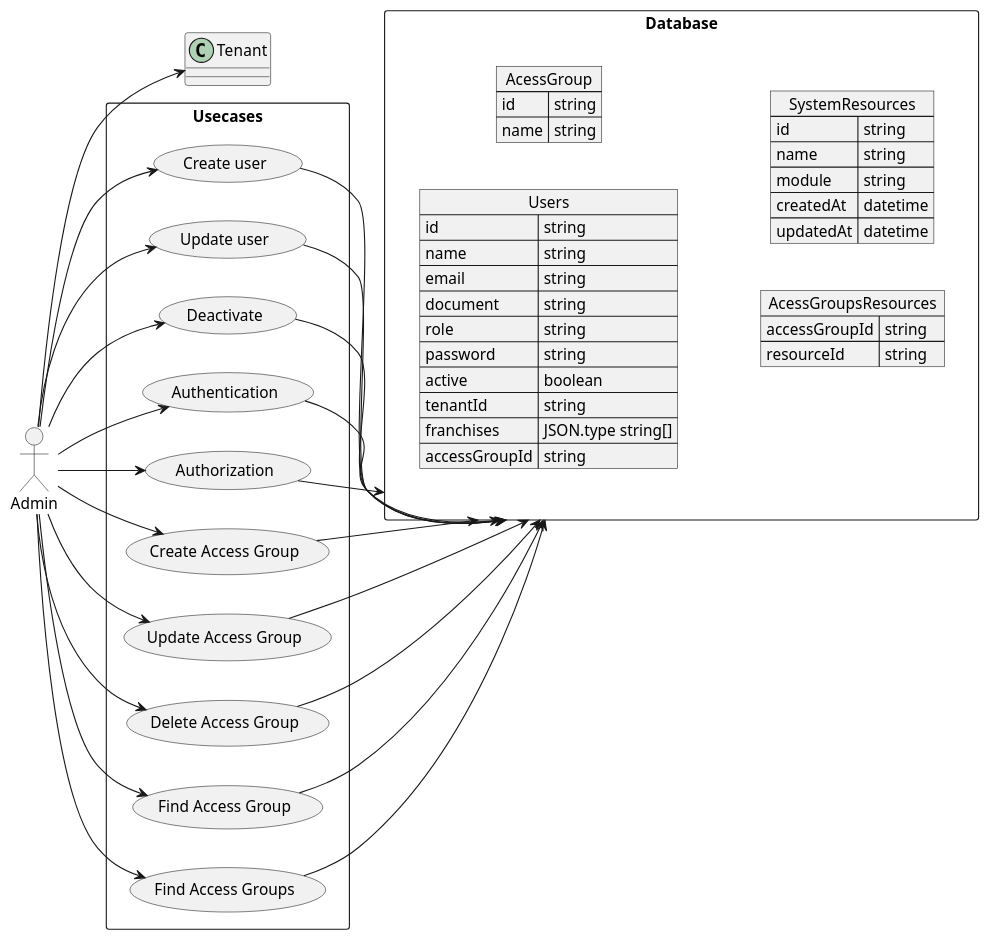
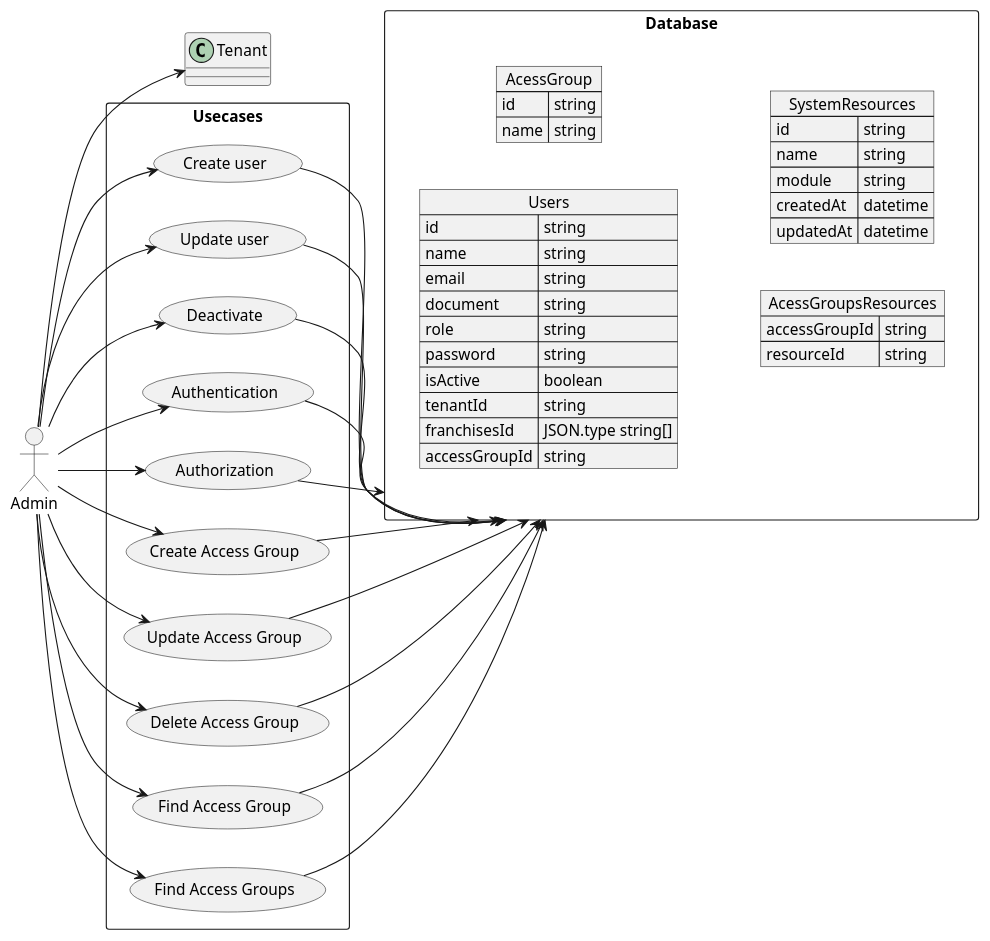
One commit to gustavorodrigues19/ddd-api changed the diagram in uml/authentication.usecase.wsd. Above: the diagram before and after it, drawn with PlantUML. The commit also changed 11 other files, not shown here.

Commit message:
uml changes, adding jest, creating and testing add user usecase

```diff
--- a/uml/authentication.usecase.wsd
+++ b/uml/authentication.usecase.wsd
@@ -1,81 +1,81 @@
 @startuml
 allowmixing
 
 left to right direction
 
 actor "Admin" as admin
 
 rectangle Usecases {
   usecase "Create user" as CU
   usecase "Update user" as UU
   usecase "Deactivate" as DU
   usecase "Authentication" as ATC
   usecase "Authorization" as ATR
 
   usecase "Create Access Group" as CAG
   usecase "Update Access Group" as UAG
   usecase "Delete Access Group" as DAG
   usecase "Find Access Group" as FAG
   usecase "Find Access Groups" as FAGS
 }
 
 rectangle Database {
   json Users {
    "id":"string",
    "name":"string",
    "email": "string",
    "document":"string",
    "role": "string",
    "password": "string",
-   "active": "boolean",
+   "isActive": "boolean",
    "tenantId": "string",
-   "franchises": "JSON.type string[]",
+   "franchisesId": "JSON.type string[]",
    "accessGroupId": "string"
   }
 
   json AcessGroup{
     "id": "string",
     "name": "string"
   }
 
   json AcessGroupsResources{
     "accessGroupId": "string",
     "resourceId": "string"
   }
 
   json SystemResources {
    "id": "string",
    "name": "string",
    "module": "string",
    "createdAt": "datetime",
    "updatedAt": "datetime"
   }
 }
 
 admin --> Tenant
 
 admin --> CU
 admin --> UU
 admin --> DU
 admin --> ATC
 admin --> ATR
 
 admin --> CAG
 admin --> UAG
 admin --> DAG
 admin --> FAG
 admin --> FAGS
 
 CU --> Database
 UU --> Database
 DU --> Database
 ATC --> Database
 ATR --> Database
 
 CAG --> Database
 UAG --> Database
 DAG --> Database
 FAG --> Database
 FAGS --> Database
 
 @enduml
```
